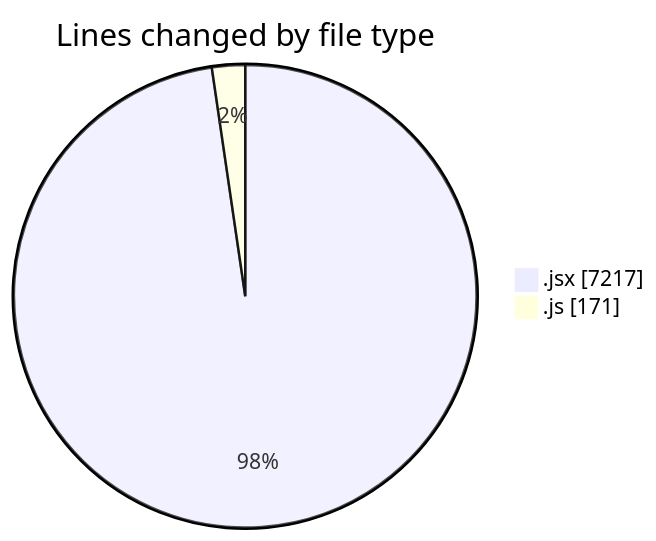
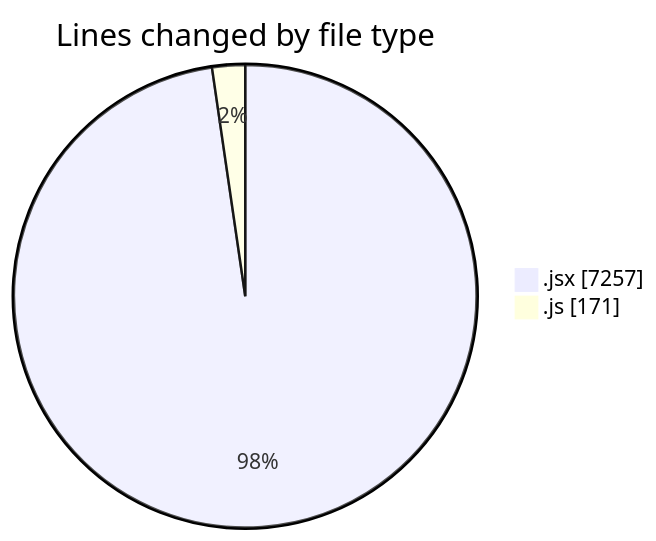
The first of 2 diagrams in 2025-07-09/argos/README.md (nxtqubesakshisongat/code-tracking), drawn with Mermaid before and after one commit. The commit also changed other lines of this file and 1 other file, not shown here.

````diff
--- a/2025-07-09/argos/README.md
+++ b/2025-07-09/argos/README.md
@@ -27,6 +27,6 @@
 ```mermaid
 pie showData
 title Lines changed by file type
-".jsx" : 7217
+".jsx" : 7257
 ".js" : 171
 ```
````
